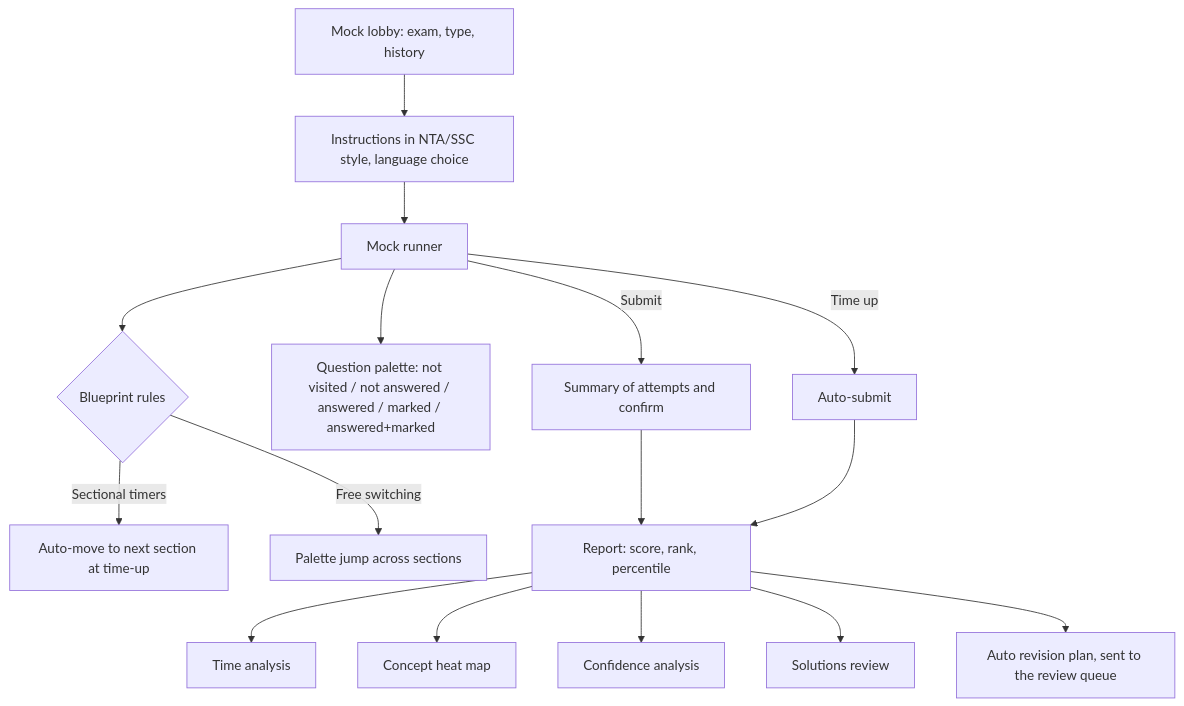
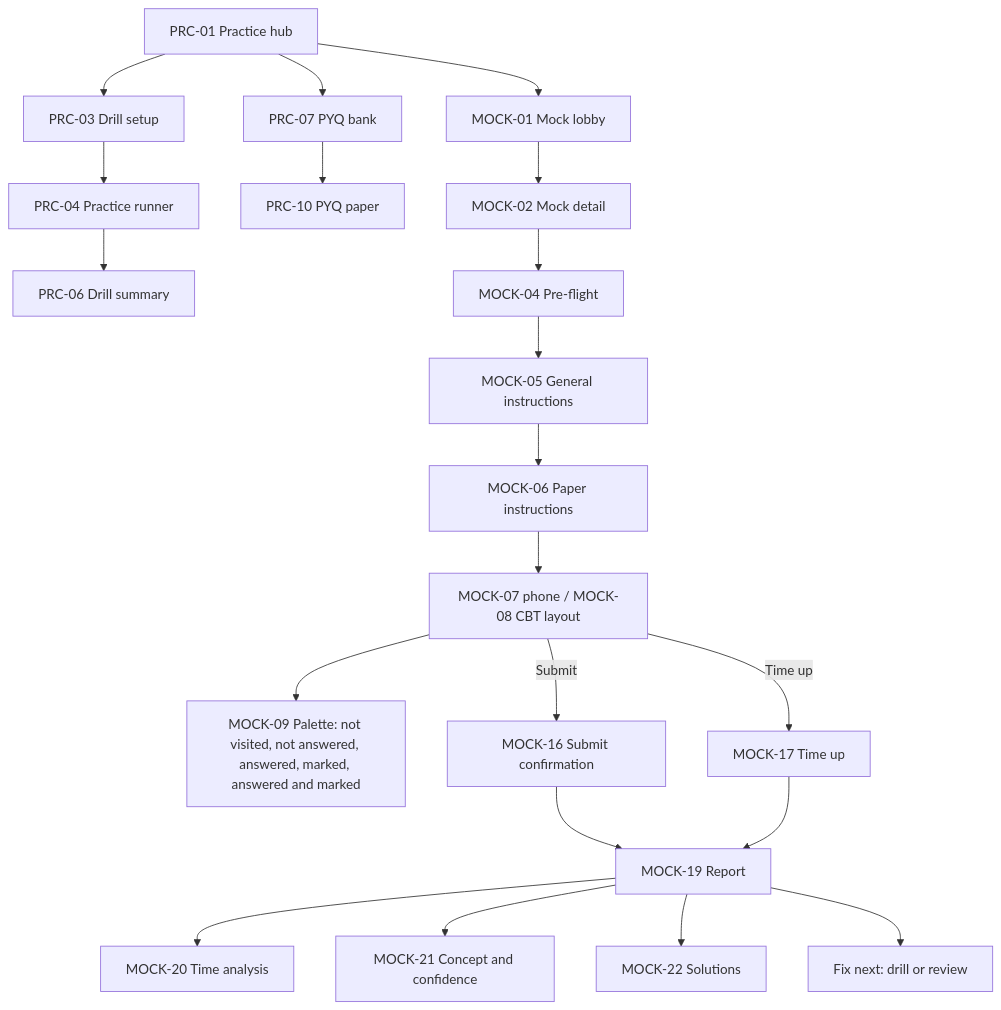
Before and after one commit to saksham1991999/smriti: the sixth of 9 diagrams in docs/APP_FLOW.md, drawn with Mermaid. The commit also changed other lines of this file and 17 other files, not shown here.

````diff
--- a/docs/APP_FLOW.md
+++ b/docs/APP_FLOW.md
@@ -153,18 +201,17 @@
 ```mermaid
 flowchart TD
-  Lobby[Mock lobby: exam, type, history] --> Instr[Instructions in NTA/SSC style, language choice]
-  Instr --> Run[Mock runner]
-  Run --> Sec{Blueprint rules}
-  Sec -->|Sectional timers| Lock[Auto-move to next section at time-up]
-  Sec -->|Free switching| Free[Palette jump across sections]
-  Run --> Palette[Question palette: not visited / not answered / answered / marked / answered+marked]
-  Run -->|Time up| Auto[Auto-submit]
-  Run -->|Submit| Confirm[Summary of attempts and confirm]
-  Confirm --> Report
-  Auto --> Report[Report: score, rank, percentile]
-  Report --> Time[Time analysis]
-  Report --> Concept[Concept heat map]
-  Report --> Conf[Confidence analysis]
-  Report --> Sol[Solutions review]
-  Report --> Fix[Auto revision plan, sent to the review queue]
+  Hub[PRC-01 Practice hub] --> Drill[PRC-03 Drill setup] --> Run[PRC-04 Practice runner] --> Sum[PRC-06 Drill summary]
+  Hub --> PYQ[PRC-07 PYQ bank] --> Paper[PRC-10 PYQ paper]
+  Hub --> Lobby[MOCK-01 Mock lobby] --> Det[MOCK-02 Mock detail]
+  Det --> Pre[MOCK-04 Pre-flight] --> Gen[MOCK-05 General instructions] --> Decl[MOCK-06 Paper instructions]
+  Decl --> Runner[MOCK-07 phone / MOCK-08 CBT layout]
+  Runner --> Pal[MOCK-09 Palette: not visited, not answered, answered, marked, answered and marked]
+  Runner -->|Submit| Conf[MOCK-16 Submit confirmation]
+  Runner -->|Time up| TU[MOCK-17 Time up]
+  Conf --> Rep[MOCK-19 Report]
+  TU --> Rep
+  Rep --> TA[MOCK-20 Time analysis]
+  Rep --> CA[MOCK-21 Concept and confidence]
+  Rep --> Sol[MOCK-22 Solutions]
+  Rep --> Fix[Fix next: drill or review]
 ```
````
